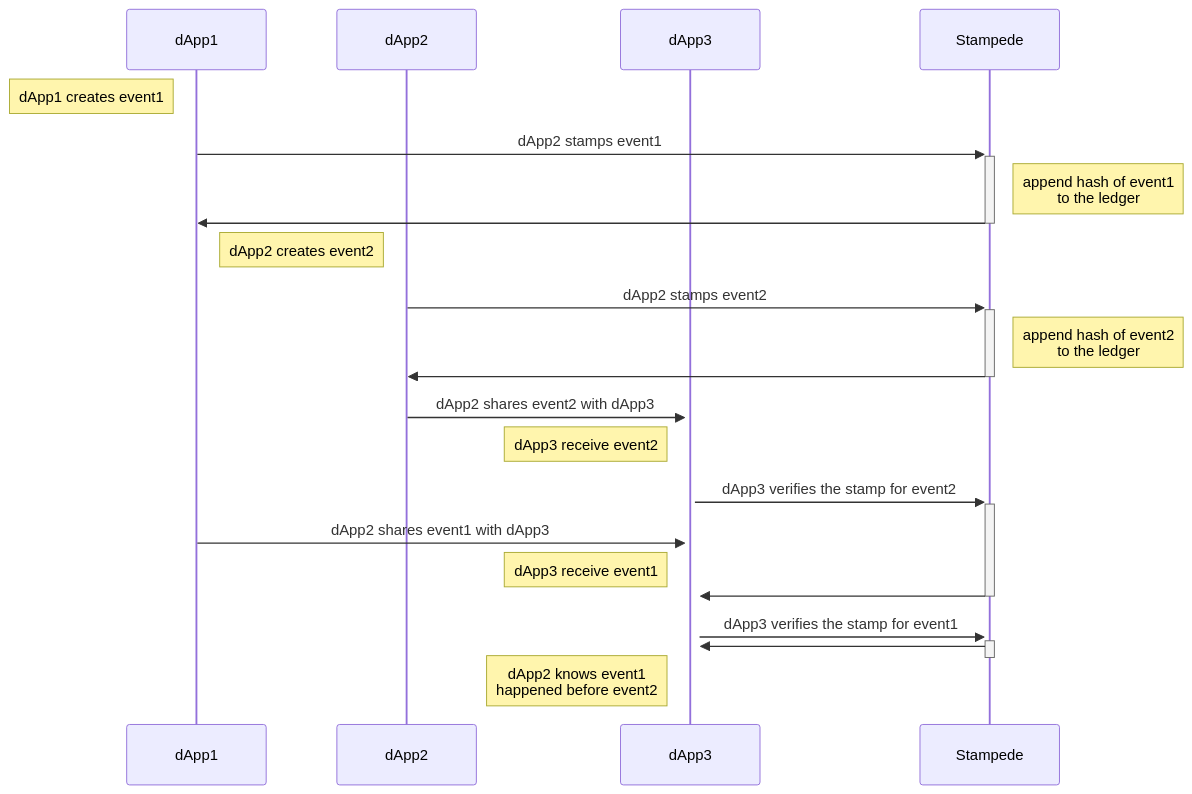
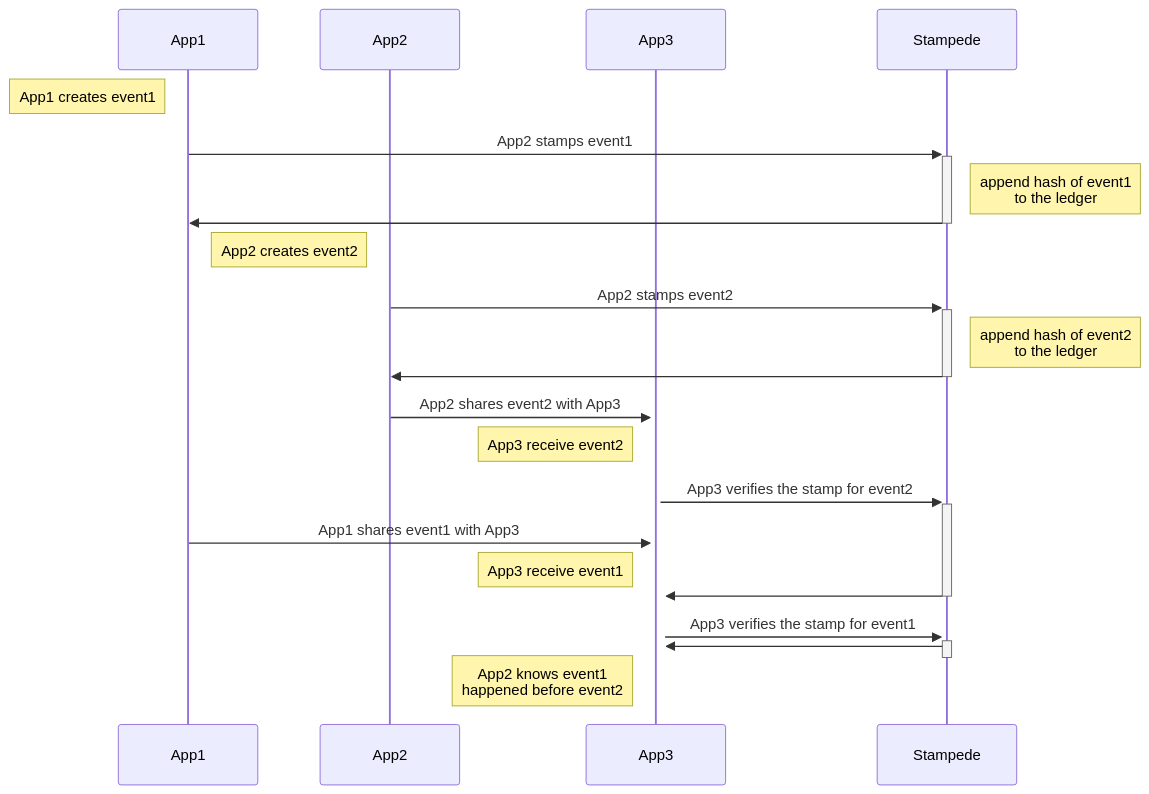
Before and after one commit to jlinclabs/stampede: the diagram in SPEC.md, drawn with Mermaid. The commit also changed other lines of this file, not shown here.

````diff
--- a/SPEC.md
+++ b/SPEC.md
@@ -141,24 +145,24 @@
 ```mermaid
 sequenceDiagram
-  participant dApp1
-  participant dApp2
-  participant dApp3
+  participant App1
+  participant App2
+  participant App3
   participant Stampede
-  Note left of dApp1: dApp1 creates event1
-  dApp1->>+Stampede: dApp2 stamps event1
+  Note left of App1: App1 creates event1
+  App1->>+Stampede: App2 stamps event1
   Note right of Stampede: append hash of event1<br/>to the ledger
-  Stampede->>-dApp1: 
-  Note left of dApp2: dApp2 creates event2
-  dApp2->>+Stampede: dApp2 stamps event2
+  Stampede->>-App1: 
+  Note left of App2: App2 creates event2
+  App2->>+Stampede: App2 stamps event2
   Note right of Stampede: append hash of event2<br/>to the ledger
-  Stampede->>-dApp2: 
-  dApp2->>+dApp3: dApp2 shares event2 with dApp3
-  Note left of dApp3: dApp3 receive event2
-  dApp3->>+Stampede: dApp3 verifies the stamp for event2
-  dApp1->>+dApp3: dApp2 shares event1 with dApp3
-  Note left of dApp3: dApp3 receive event1
-  Stampede->>-dApp3: 
-  dApp3->>+Stampede: dApp3 verifies the stamp for event1
-  Stampede->>-dApp3: 
-  Note left of dApp3: dApp2 knows event1<br/> happened before event2
+  Stampede->>-App2: 
+  App2->>+App3: App2 shares event2 with App3
+  Note left of App3: App3 receive event2
+  App3->>+Stampede: App3 verifies the stamp for event2
+  App1->>+App3: App1 shares event1 with App3
+  Note left of App3: App3 receive event1
+  Stampede->>-App3: 
+  App3->>+Stampede: App3 verifies the stamp for event1
+  Stampede->>-App3: 
+  Note left of App3: App2 knows event1<br/> happened before event2
 ```
````
